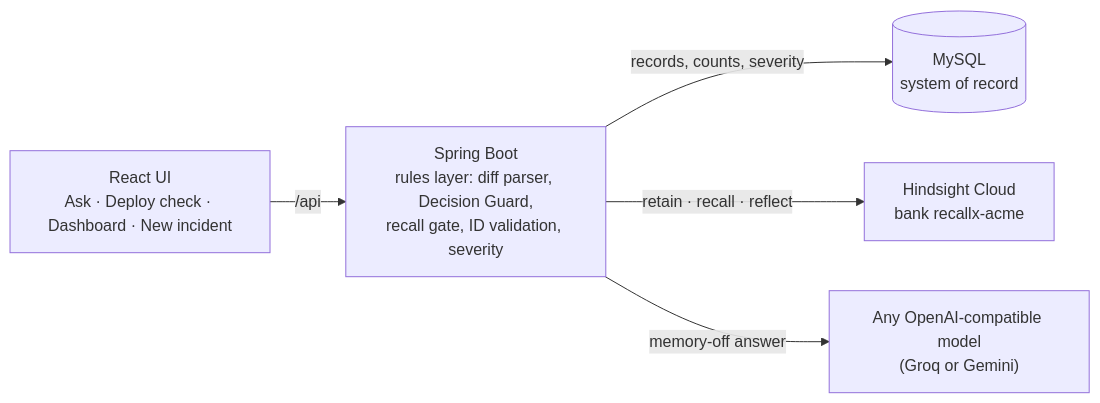
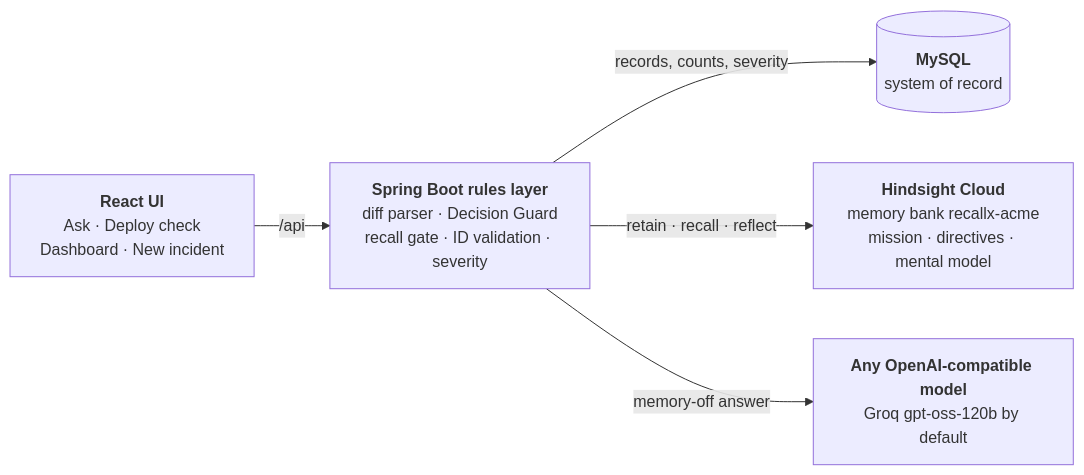
The second of 2 diagrams in README.md (desireddymohithreddy0925/Recall-X), drawn with Mermaid before and after one commit. The commit also changed other lines of this file and 3 other files, not shown here.

````diff
--- a/README.md
+++ b/README.md
@@ -38,7 +155,7 @@
 ```mermaid
 flowchart LR
-  UI["React UI<br/>Ask · Deploy check · Dashboard · New incident"] -->|/api| API["Spring Boot<br/>rules layer: diff parser, Decision Guard,<br/>recall gate, ID validation, severity"]
-  API -->|"records, counts, severity"| DB[("MySQL<br/>system of record")]
-  API -->|"retain · recall · reflect"| HS["Hindsight Cloud<br/>bank recallx-acme"]
-  API -->|"memory-off answer"| LLM["Any OpenAI-compatible model<br/>(Groq or Gemini)"]
+  UI["<b>React UI</b><br/>Ask · Deploy check<br/>Dashboard · New incident"] -->|/api| API["<b>Spring Boot rules layer</b><br/>diff parser · Decision Guard<br/>recall gate · ID validation · severity"]
+  API -->|"records, counts, severity"| DB[("<b>MySQL</b><br/>system of record")]
+  API -->|"retain · recall · reflect"| HS["<b>Hindsight Cloud</b><br/>memory bank recallx-acme<br/>mission · directives · mental model"]
+  API -->|"memory-off answer"| LLM["<b>Any OpenAI-compatible model</b><br/>Groq gpt-oss-120b by default"]
 ```
````
